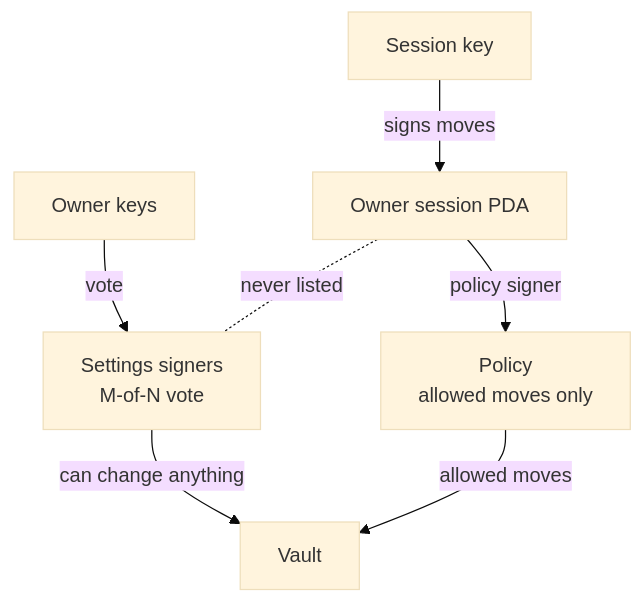
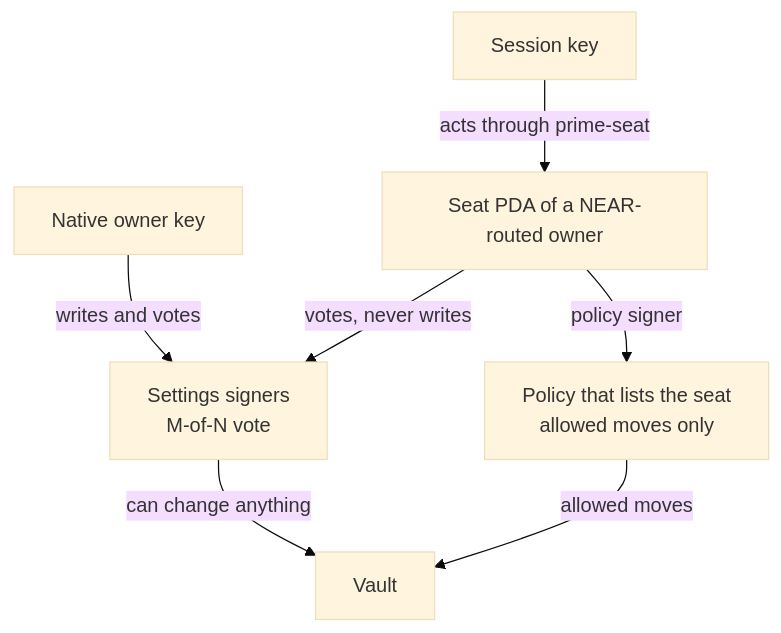
The second of 12 diagrams in contracts/solana/README-architecture.md (untangledfinance/oz-policy-builder), drawn with Mermaid (base theme) before and after one commit. The commit also changed other lines of this file and 11 other files, not shown here.

````diff
--- a/contracts/solana/README-architecture.md
+++ b/contracts/solana/README-architecture.md
@@ -78,15 +79,15 @@
 ```mermaid
 flowchart TB
-  O[Owner keys]
+  NO[Native owner key]
+  SK[Session key]
+  SP[Seat PDA of a NEAR-routed owner]
   SS["Settings signers<br/>M-of-N vote"]
-  PDA[Owner session PDA]
-  SK[Session key]
-  POL["Policy<br/>allowed moves only"]
+  POL["Policy that lists the seat<br/>allowed moves only"]
   V[Vault]
-  O -- "vote" --> SS
+  NO -- "writes and votes" --> SS
+  SK -- "acts through prime-seat" --> SP
+  SP -- "votes, never writes" --> SS
+  SP -- "policy signer" --> POL
   SS -- "can change anything" --> V
-  SK -- "signs moves" --> PDA
-  PDA -- "policy signer" --> POL
   POL -- "allowed moves" --> V
-  PDA -. "never listed" .- SS
 ```
````
